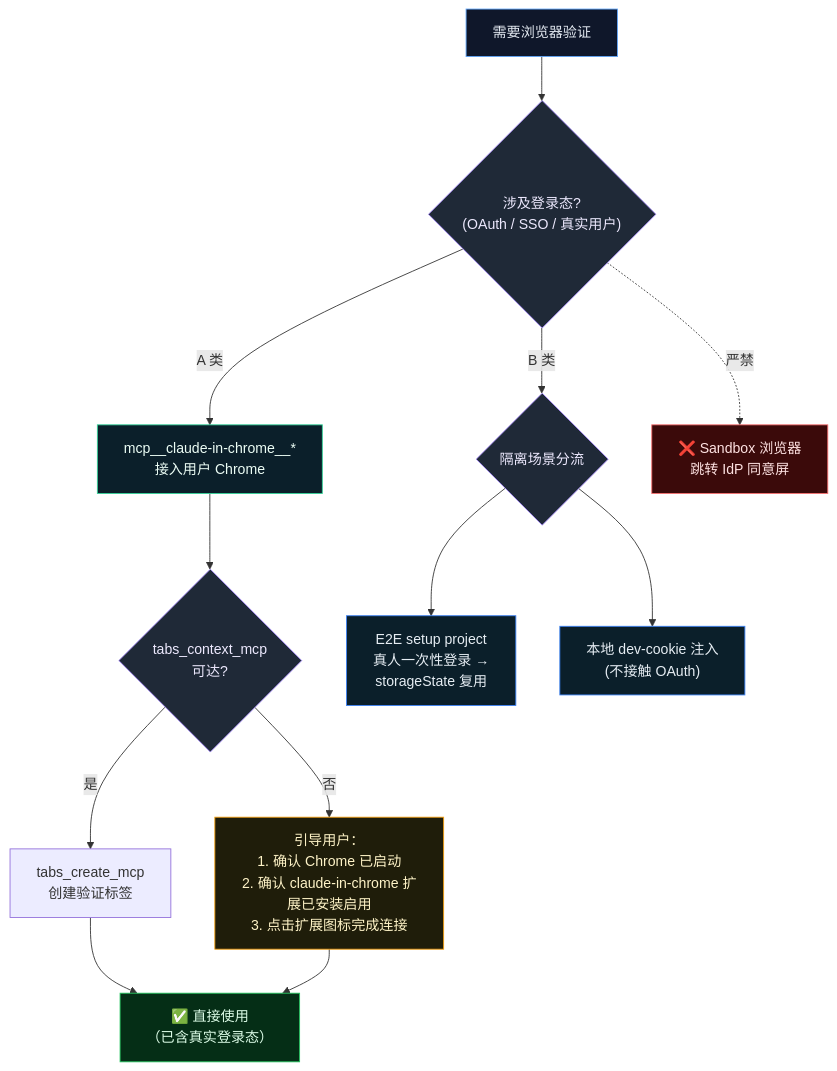
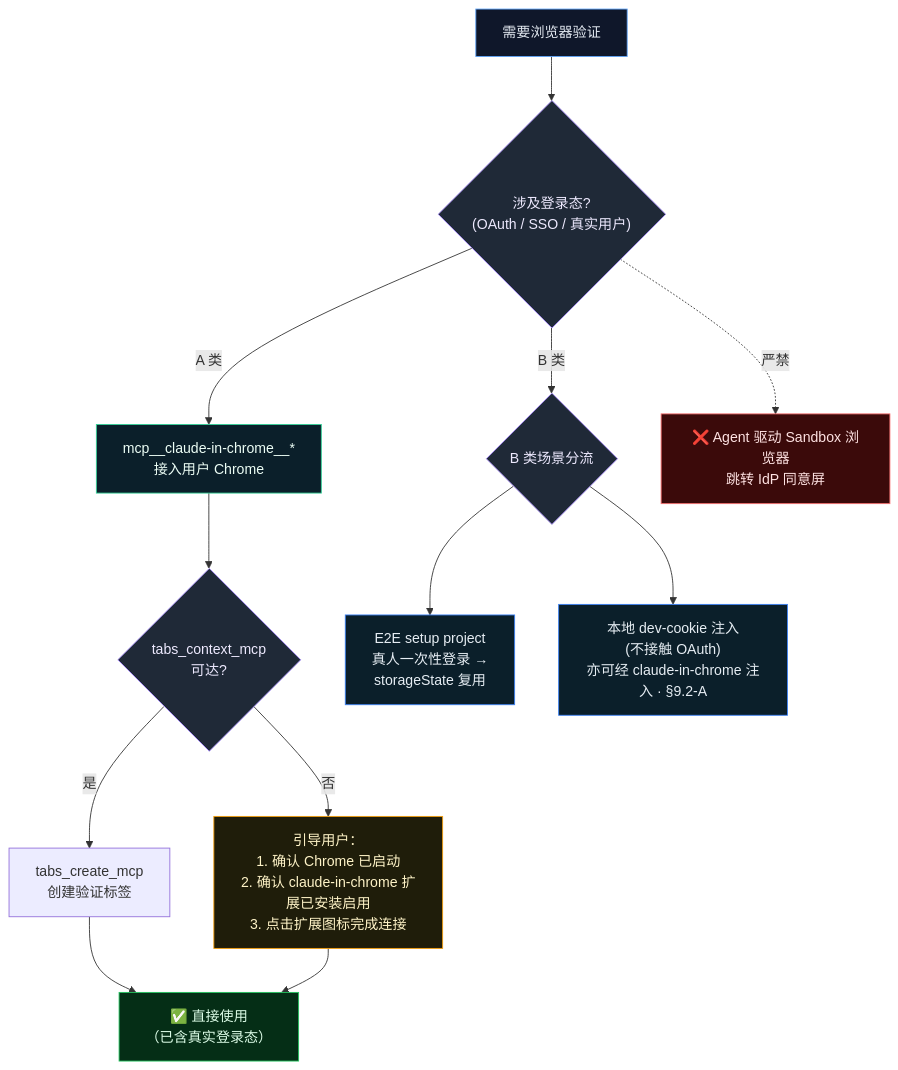
The first of 3 diagrams in docs/browser-validation.md (ThreeFish-AI/agents.md), drawn with Mermaid before and after one commit. The commit also changed other lines of this file and 10 other files, not shown here.

First line of the commit message:
规约(Governance): 沉淀 Archify 图表门禁规范并完成全仓规约自洽审阅; (#6)

````diff
--- a/docs/browser-validation.md
+++ b/docs/browser-validation.md
@@ -114,28 +116,28 @@
 ```mermaid
 flowchart TD
   Start["需要浏览器验证"] --> NeedAuth{"涉及登录态?<br/>(OAuth / SSO / 真实用户)"}
 
   NeedAuth -->|"A 类"| CiC["mcp__claude-in-chrome__*<br/>接入用户 Chrome"]
   CiC --> Reachable{"tabs_context_mcp<br/>可达?"}
   Reachable -->|是| TabCreate["tabs_create_mcp<br/>创建验证标签"]
   TabCreate --> OK["✅ 直接使用<br/>（已含真实登录态）"]
   Reachable -->|否| Recover["引导用户：<br/>1. 确认 Chrome 已启动<br/>2. 确认 claude-in-chrome 扩展已安装启用<br/>3. 点击扩展图标完成连接"]
   Recover --> OK
 
-  NeedAuth -->|"B 类"| BRoute{"隔离场景分流"}
+  NeedAuth -->|"B 类"| BRoute{"B 类场景分流"}
   BRoute --> E2E["E2E setup project<br/>真人一次性登录 →<br/>storageState 复用"]
-  BRoute --> DevCK["本地 dev-cookie 注入<br/>(不接触 OAuth)"]
+  BRoute --> DevCK["本地 dev-cookie 注入<br/>(不接触 OAuth)<br/>亦可经 claude-in-chrome 注入 · §9.2-A"]
 
-  NeedAuth -.->|"严禁"| Forbid["❌ Sandbox 浏览器<br/>跳转 IdP 同意屏"]
+  NeedAuth -.->|"严禁"| Forbid["❌ Agent 驱动 Sandbox 浏览器<br/>跳转 IdP 同意屏"]
 
   style Start fill:#0f172a,stroke:#60a5fa,color:#e2e8f0
   style CiC fill:#0b1f2a,stroke:#34d399,color:#ecfdf5
   style OK fill:#052e16,stroke:#22c55e,color:#dcfce7
   style Recover fill:#1f1d0a,stroke:#f59e0b,color:#fef3c7
   style E2E fill:#0b1f2a,stroke:#3b82f6,color:#e6edf3
   style DevCK fill:#0b1f2a,stroke:#3b82f6,color:#e6edf3
   style NeedAuth fill:#1f2937,stroke:#a78bfa,color:#ede9fe
   style Reachable fill:#1f2937,stroke:#a78bfa,color:#ede9fe
   style BRoute fill:#1f2937,stroke:#a78bfa,color:#ede9fe
   style Forbid fill:#3b0a0a,stroke:#f87171,color:#fee2e2
 ```
````
